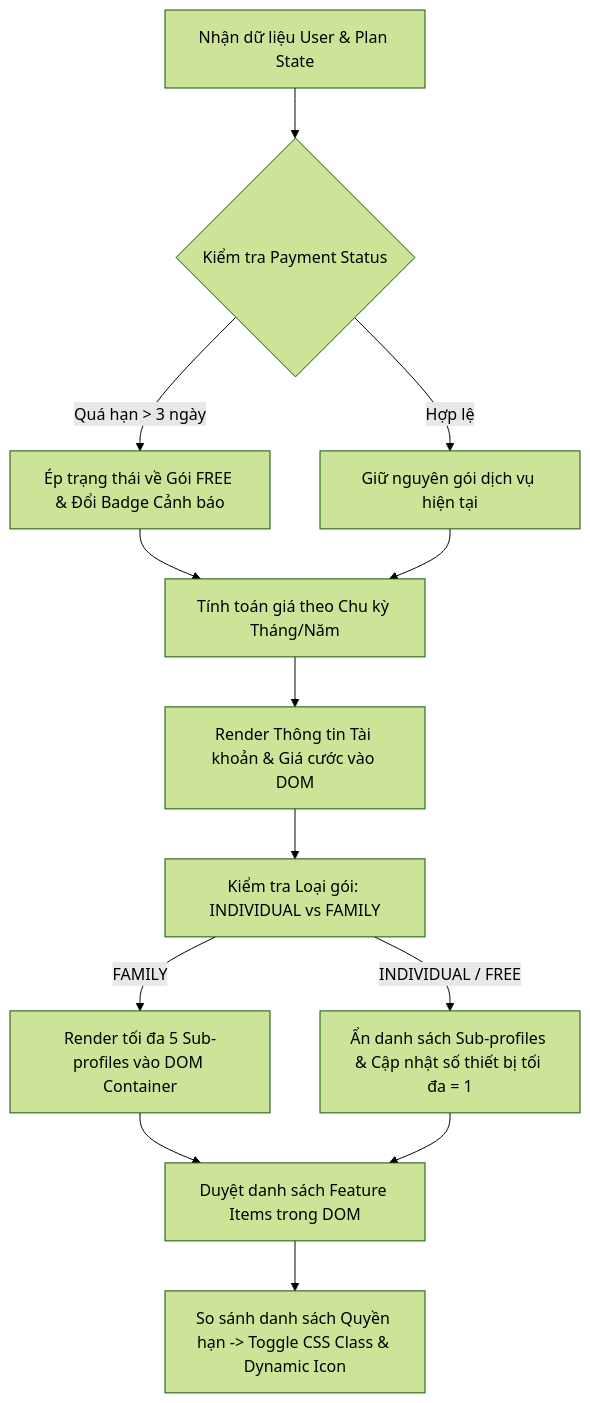
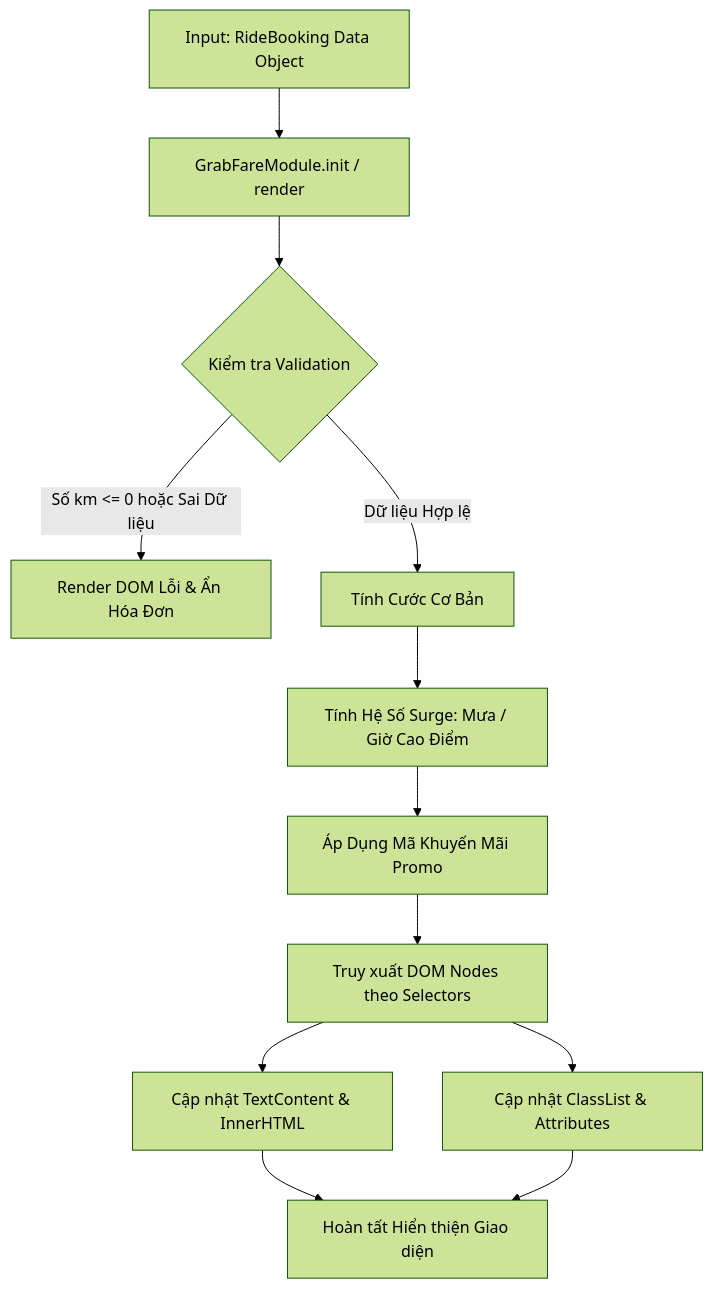
The diagram in output/pms/Phát_triển_ứng_dụng_web/Session 17 - Tương tác DOM API (Document Object Model)- Truy xuất và Thay đổi Nội dung/Bài tập/bai_tap_13.md (ngoquy12/learning_material), drawn with Mermaid (forest theme) before and after one commit. The commit also changed other lines of this file and 152 other files, not shown here.

Commit message:
feat(domain): implement Session Domain Anchor Architecture for 100% unified domain consistency across all session resources

````diff
--- a/output/pms/Phát_triển_ứng_dụng_web/Session 17 - Tương tác DOM API (Document Object Model)- Truy xuất và Thay đổi Nội dung/Bài tập/bai_tap_13.md
+++ b/output/pms/Phát_triển_ứng_dụng_web/Session 17 - Tương tác DOM API (Document Object Model)- Truy xuất và Thay đổi Nội dung/Bài tập/bai_tap_13.md
@@ -22,15 +21,14 @@
 ```mermaid
-flowchart TD
-    A[Nhận dữ liệu User & Plan State] --> B{Kiểm tra Payment Status}
-    B -- Quá hạn > 3 ngày --> C[Ép trạng thái về Gói FREE & Đổi Badge Cảnh báo]
-    B -- Hợp lệ --> D[Giữ nguyên gói dịch vụ hiện tại]
-    C --> E[Tính toán giá theo Chu kỳ Tháng/Năm]
-    D --> E
-    E --> F[Render Thông tin Tài khoản & Giá cước vào DOM]
-    F --> G[Kiểm tra Loại gói: INDIVIDUAL vs FAMILY]
-    G -- FAMILY --> H[Render tối đa 5 Sub-profiles vào DOM Container]
-    G -- INDIVIDUAL / FREE --> I[Ẩn danh sách Sub-profiles & Cập nhật số thiết bị tối đa = 1]
-    H --> J[Duyệt danh sách Feature Items trong DOM]
-    I --> J
-    J --> K[So sánh danh sách Quyền hạn -> Toggle CSS Class & Dynamic Icon]
+graph TD
+    A[Input: RideBooking Data Object] --> B[GrabFareModule.init / render]
+    B --> C{Kiểm tra Validation}
+    C -->|Số km <= 0 hoặc Sai Dữ liệu| D[Render DOM Lỗi & Ẩn Hóa Đơn]
+    C -->|Dữ liệu Hợp lệ| E[Tính Cước Cơ Bản]
+    E --> F[Tính Hệ Số Surge: Mưa / Giờ Cao Điểm]
+    F --> G[Áp Dụng Mã Khuyến Mãi Promo]
+    G --> H[Truy xuất DOM Nodes theo Selectors]
+    H --> I[Cập nhật TextContent & InnerHTML]
+    H --> J[Cập nhật ClassList & Attributes]
+    I --> K[Hoàn tất Hiển thiện Giao diện]
+    J --> K
 ```
````
